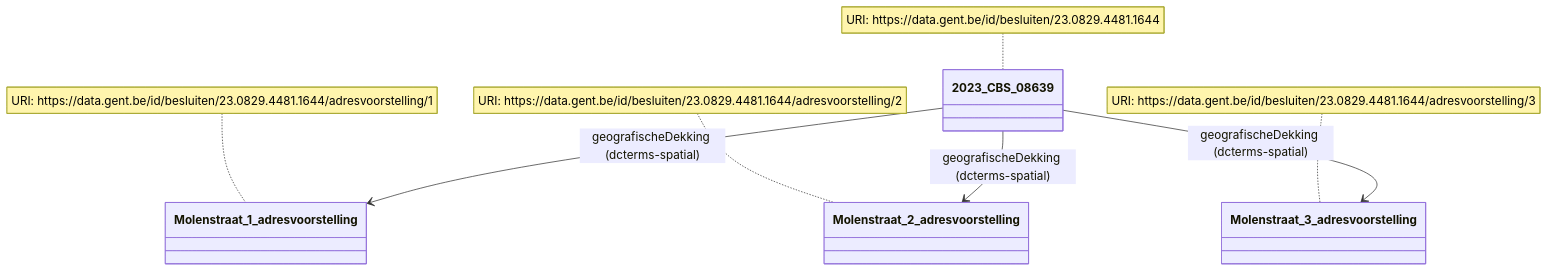
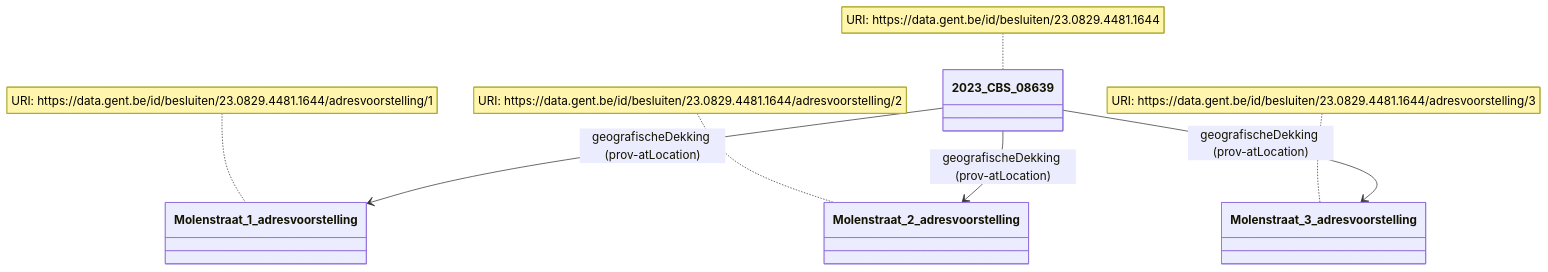
One commit to Informatievlaanderen/OSLOthema-slimmeRaadpleegOmgeving changed the third of 15 diagrams in README.md. Above: the diagram before and after it, drawn with Mermaid. The commit also changed other lines of this file, not shown here.

Commit message:
update dcterms:spatial to prov:atLocation

````diff
--- a/README.md
+++ b/README.md
@@ -99,11 +99,11 @@
 ```mermaid
 classDiagram
-    2023_CBS_08639 --> Molenstraat_1_adresvoorstelling: geografischeDekking (dcterms-spatial)
-    2023_CBS_08639 --> Molenstraat_2_adresvoorstelling: geografischeDekking (dcterms-spatial)
-    2023_CBS_08639 --> Molenstraat_3_adresvoorstelling: geografischeDekking (dcterms-spatial)
+    2023_CBS_08639 --> Molenstraat_1_adresvoorstelling: geografischeDekking (prov-atLocation)
+    2023_CBS_08639 --> Molenstraat_2_adresvoorstelling: geografischeDekking (prov-atLocation)
+    2023_CBS_08639 --> Molenstraat_3_adresvoorstelling: geografischeDekking (prov-atLocation)
 
     note for 2023_CBS_08639 "URI: https://data.gent.be/id/besluiten/23.0829.4481.1644"
     note for Molenstraat_1_adresvoorstelling  "URI: https://data.gent.be/id/besluiten/23.0829.4481.1644/adresvoorstelling/1"
     note for Molenstraat_2_adresvoorstelling  "URI: https://data.gent.be/id/besluiten/23.0829.4481.1644/adresvoorstelling/2"
     note for Molenstraat_3_adresvoorstelling  "URI: https://data.gent.be/id/besluiten/23.0829.4481.1644/adresvoorstelling/3"
 ```
````
